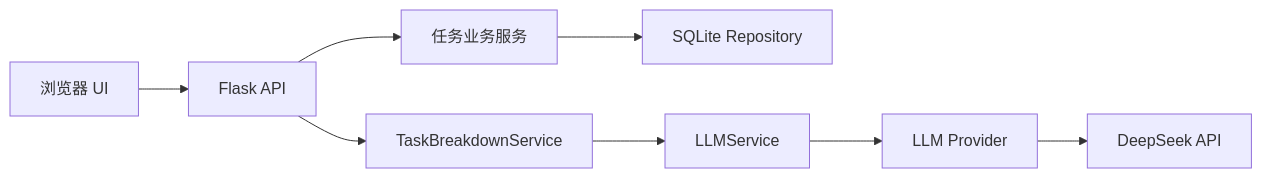
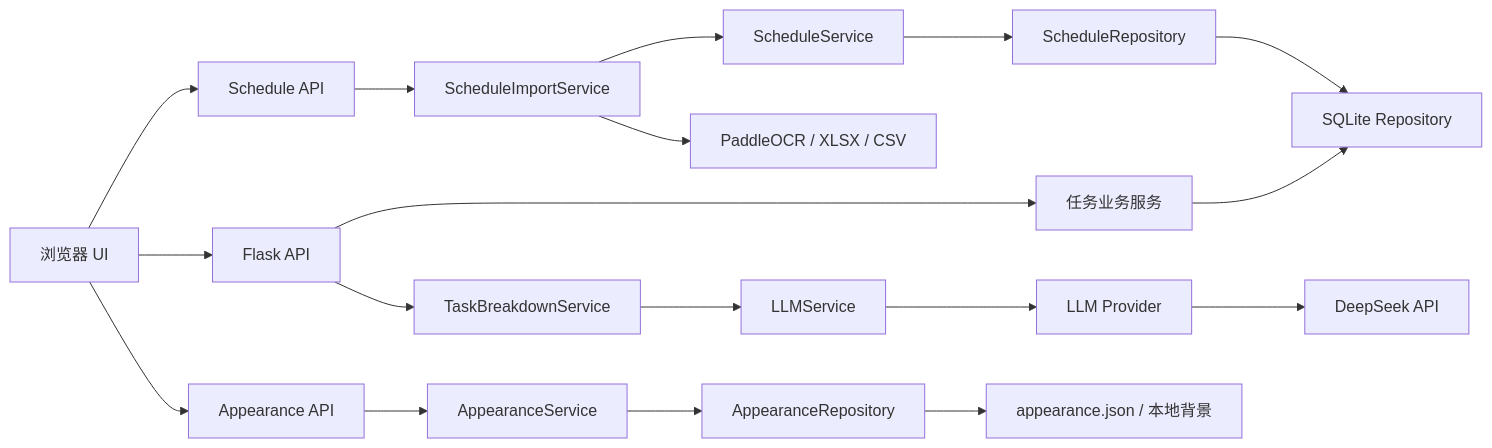
One commit to coronaBorealis/Yantu changed the first of 5 diagrams in docs/architecture.md. Above: the diagram before and after it, drawn with Mermaid. The commit also changed other lines of this file and 46 other files, not shown here.

Commit message:
feat: add schedule import and adaptive daily planning

````diff
--- a/docs/architecture.md
+++ b/docs/architecture.md
@@ -7,10 +7,20 @@
 ```mermaid
 flowchart LR
     UI["浏览器 UI"] --> API["Flask API"]
     API --> TASK["任务业务服务"]
     TASK --> DB["SQLite Repository"]
     API --> BREAKDOWN["TaskBreakdownService"]
     BREAKDOWN --> FACADE["LLMService"]
     FACADE --> PROVIDER["LLM Provider"]
     PROVIDER --> DS["DeepSeek API"]
+    UI --> SCHEDULE_API["Schedule API"]
+    SCHEDULE_API --> IMPORT["ScheduleImportService"]
+    IMPORT --> OCR["PaddleOCR / XLSX / CSV"]
+    IMPORT --> SCHEDULE_SERVICE["ScheduleService"]
+    SCHEDULE_SERVICE --> SCHEDULE_REPO["ScheduleRepository"]
+    SCHEDULE_REPO --> DB
+    UI --> APPEARANCE_API["Appearance API"]
+    APPEARANCE_API --> APPEARANCE_SERVICE["AppearanceService"]
+    APPEARANCE_SERVICE --> APPEARANCE_REPO["AppearanceRepository"]
+    APPEARANCE_REPO --> FILES["appearance.json / 本地背景"]
 ```
````
